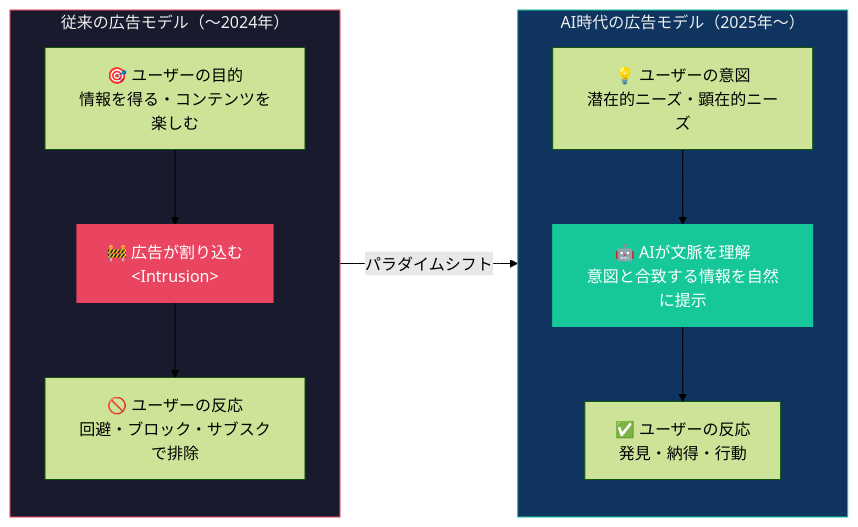
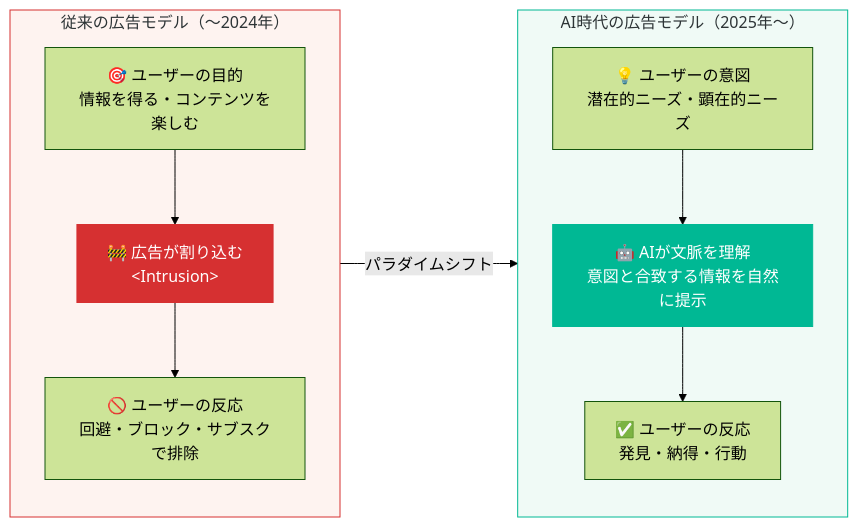
Before and after one commit to Leading-AI-IO/advertising-redesigned: the first of 9 diagrams in docs/jp/advertising_redesigned_jp.md, drawn with Mermaid (forest theme). The commit also changed other lines of this file, not shown here.

````diff
--- a/docs/jp/advertising_redesigned_jp.md
+++ b/docs/jp/advertising_redesigned_jp.md
@@ -98,25 +98,25 @@
 ```mermaid
 flowchart LR
     subgraph OLD["従来の広告モデル（〜2024年）"]
         direction TB
         O1["🎯 ユーザーの目的\n情報を得る・コンテンツを楽しむ"]
         O2["🚧 広告が割り込む\n&lt;Intrusion&gt;"]
         O3["🚫 ユーザーの反応\n回避・ブロック・サブスクで排除"]
         O1 --> O2 --> O3
     end
 
     subgraph NEW["AI時代の広告モデル（2025年〜）"]
         direction TB
         N1["💡 ユーザーの意図\n潜在的ニーズ・顕在的ニーズ"]
         N2["🤖 AIが文脈を理解\n意図と合致する情報を自然に提示"]
         N3["✅ ユーザーの反応\n発見・納得・行動"]
         N1 --> N2 --> N3
     end
 
     OLD -- "パラダイムシフト" --> NEW
 
-    style OLD fill:#1a1a2e,stroke:#e94560,color:#eee
-    style NEW fill:#0f3460,stroke:#16c79a,color:#eee
-    style O2 fill:#e94560,stroke:#e94560,color:#fff
-    style N2 fill:#16c79a,stroke:#16c79a,color:#fff
+    style OLD fill:#fef3f0,stroke:#d63031,color:#2d3436
+    style NEW fill:#f0faf6,stroke:#00b894,color:#2d3436
+    style O2 fill:#d63031,stroke:#d63031,color:#fff
+    style N2 fill:#00b894,stroke:#00b894,color:#fff
 ```
````
